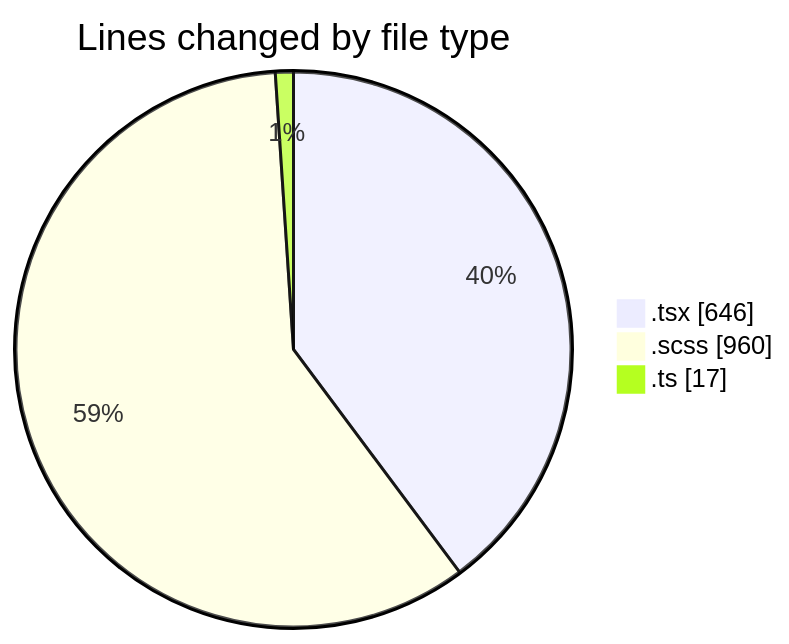
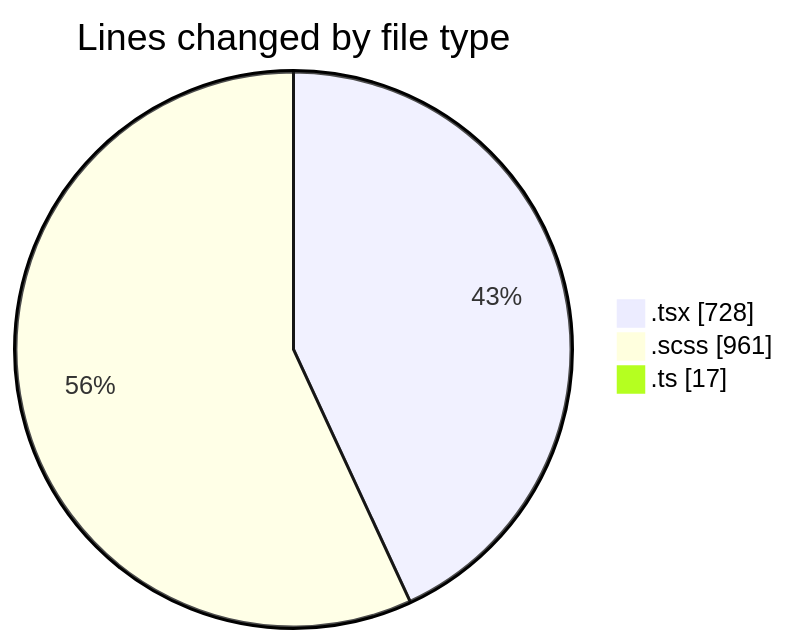
One commit to momahboobian/code-tracking changed the first of 2 diagrams in 2025-09-19/cda/README.md. Above: the diagram before and after it, drawn with Mermaid. The commit also changed other lines of this file and 1 other file, not shown here.

````diff
--- a/2025-09-19/cda/README.md
+++ b/2025-09-19/cda/README.md
@@ -23,7 +24,7 @@
 ```mermaid
 pie showData
 title Lines changed by file type
-".tsx" : 646
-".scss" : 960
+".tsx" : 728
+".scss" : 961
 ".ts" : 17
 ```
````
